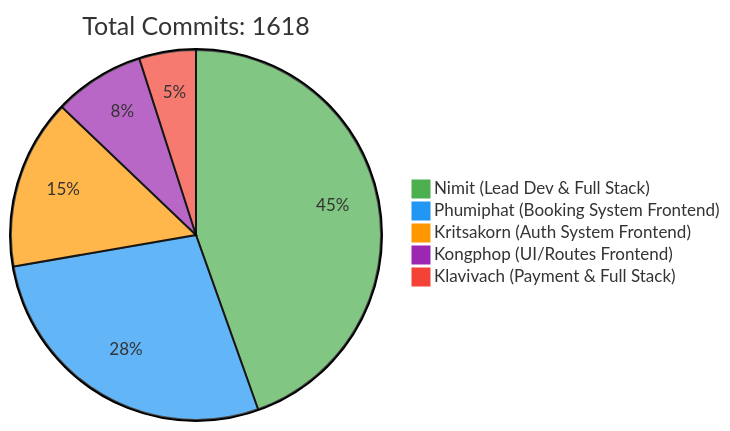
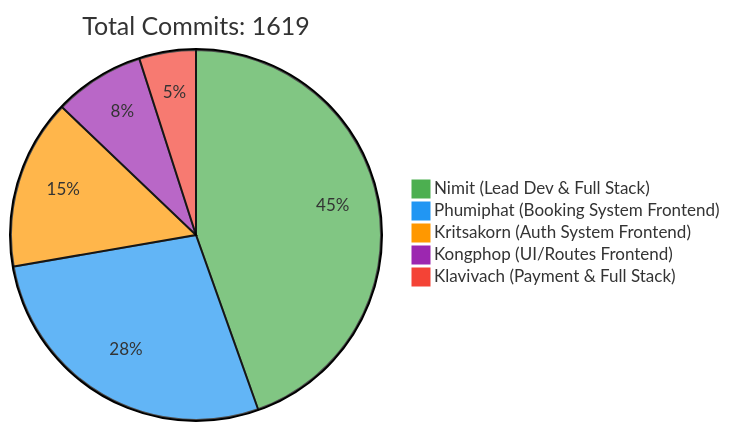
One commit to 6531503042/Sport-Complex changed the first of 2 diagrams in README.md. Above: the diagram before and after it, drawn with Mermaid. The commit also changed other lines of this file, not shown here.

Commit message:
docs: Update contributor statistics [skip ci]

````diff
--- a/README.md
+++ b/README.md
@@ -257,10 +257,10 @@
 ```mermaid
 %%{init: {'theme': 'base', 'themeVariables': { 'pie1': '#4CAF50', 'pie2': '#2196F3', 'pie3': '#FF9800', 'pie4': '#9C27B0', 'pie5': '#F44336'}}}%%
 pie
-    title Total Commits: 1618
+    title Total Commits: 1619
     "Nimit (Lead Dev & Full Stack)" : 450
     "Phumiphat (Booking System Frontend)" : 280
     "Kritsakorn (Auth System Frontend)" : 150
     "Kongphop (UI/Routes Frontend)" : 80
     "Klavivach (Payment & Full Stack)" : 50
 ```
````
